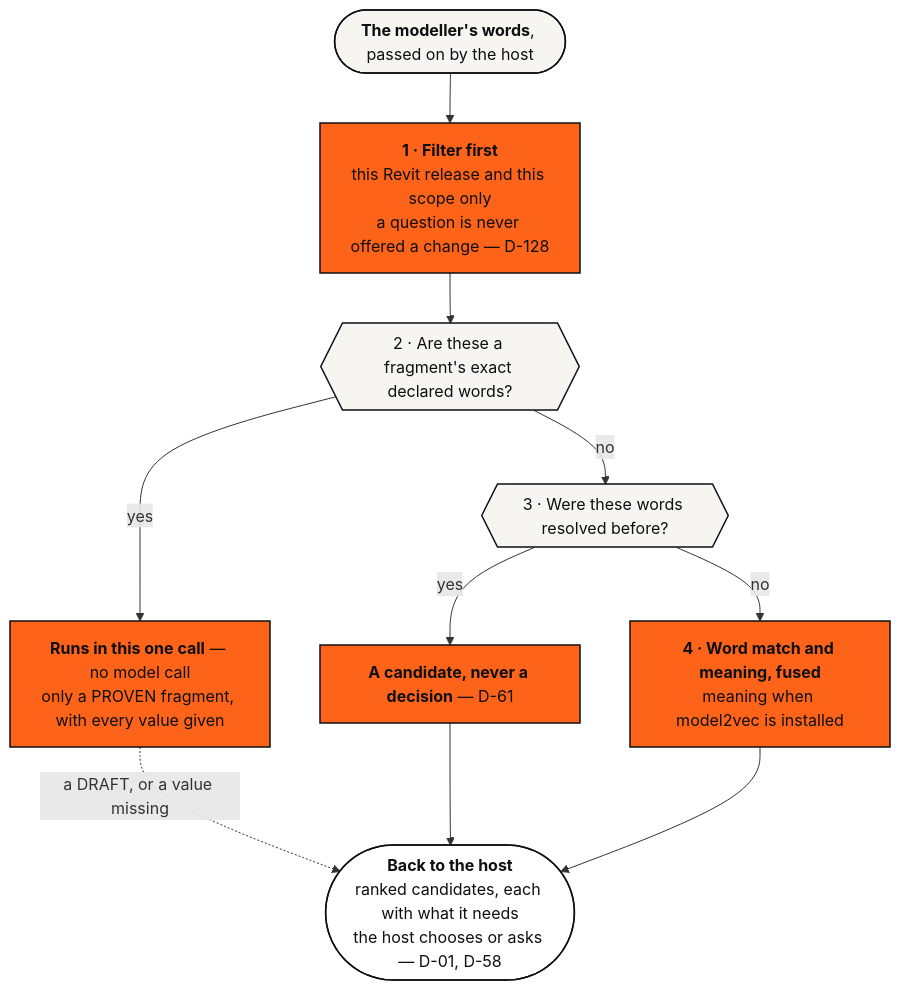
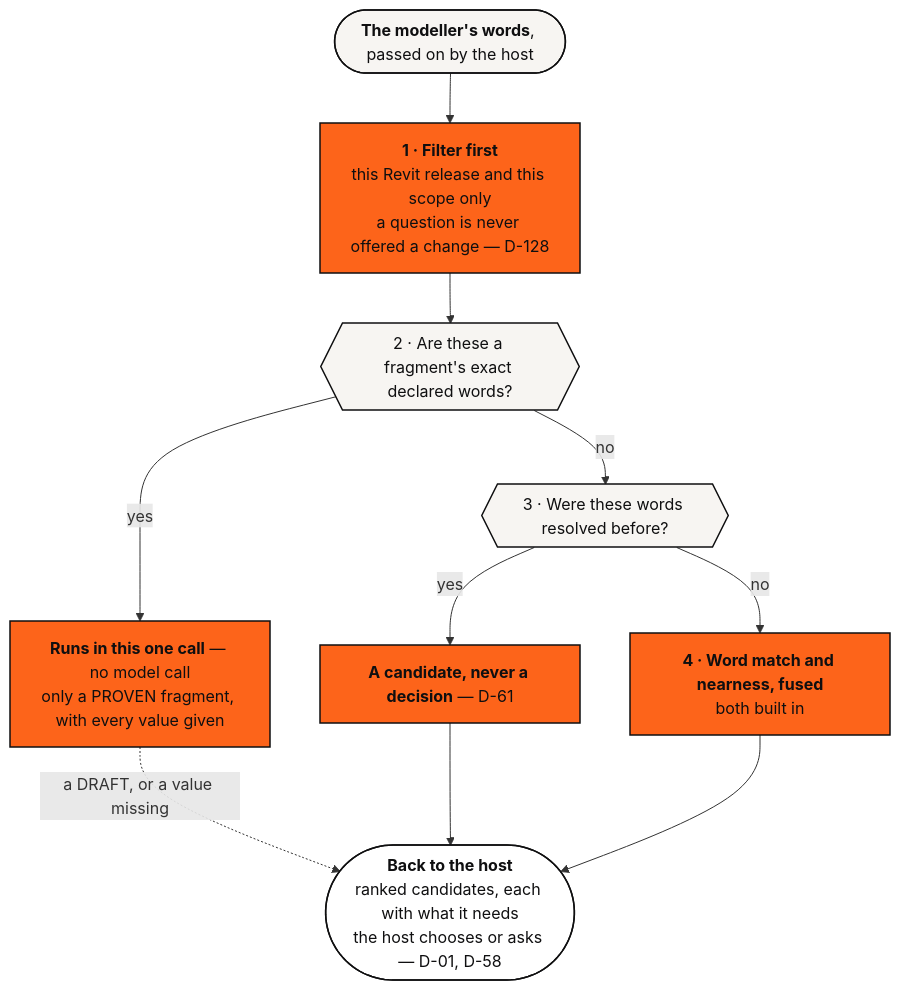
Before and after one commit to Ajmalpshaik/Heron-AI: the second of 2 diagrams in docs/19-context-and-cost.md, drawn with Mermaid. The commit also changed other lines of this file and 40 other files, not shown here.

First line of the commit message:
Remove model2vec: one built-in search for every modeller (D-203)

````diff
--- a/docs/19-context-and-cost.md
+++ b/docs/19-context-and-cost.md
@@ -210,30 +210,30 @@
 ```mermaid
 flowchart TD
     W(["<b>The modeller's words</b>, passed on by the host"])
     F["<b>1 · Filter first</b><br/>this Revit release and this scope only<br/>a question is never offered a change — D-128"]
     I{{"2 · Are these a fragment's exact declared words?"}}
     RUN["<b>Runs in this one call</b> — no model call<br/>only a PROVEN fragment, with every value given"]
     C{{"3 · Were these words resolved before?"}}
     CAND["<b>A candidate, never a decision</b> — D-61"]
-    S["<b>4 · Word match and meaning, fused</b><br/>meaning when model2vec is installed"]
+    S["<b>4 · Word match and nearness, fused</b><br/>both built in"]
     H(["<b>Back to the host</b><br/>ranked candidates, each with what it needs<br/>the host chooses or asks — D-01, D-58"])
 
     W --> F --> I
     I -->|"yes"| RUN
     I -->|"no"| C
     RUN -.->|"a DRAFT, or a value missing"| H
     C -->|"yes"| CAND
     C -->|"no"| S
     CAND --> H
     S --> H
 
     classDef user fill:#F7F5F2,stroke:#0F0F10,stroke-width:1.5px,color:#0F0F10
     classDef host fill:#FFFFFF,stroke:#0F0F10,stroke-width:1.5px,color:#0F0F10
     classDef brain fill:#FD641A,stroke:#0F0F10,stroke-width:1.5px,color:#0F0F10
     classDef addin fill:#FD641A,stroke:#0F0F10,stroke-width:1.5px,color:#0F0F10
     class W user
     class F,CAND,S brain
     class I,C user
     class RUN addin
     class H host
 ```
````
